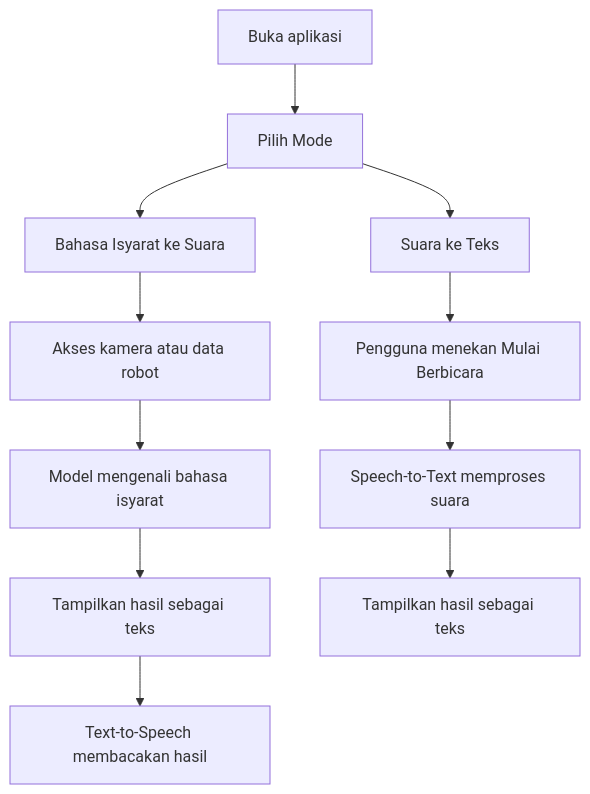
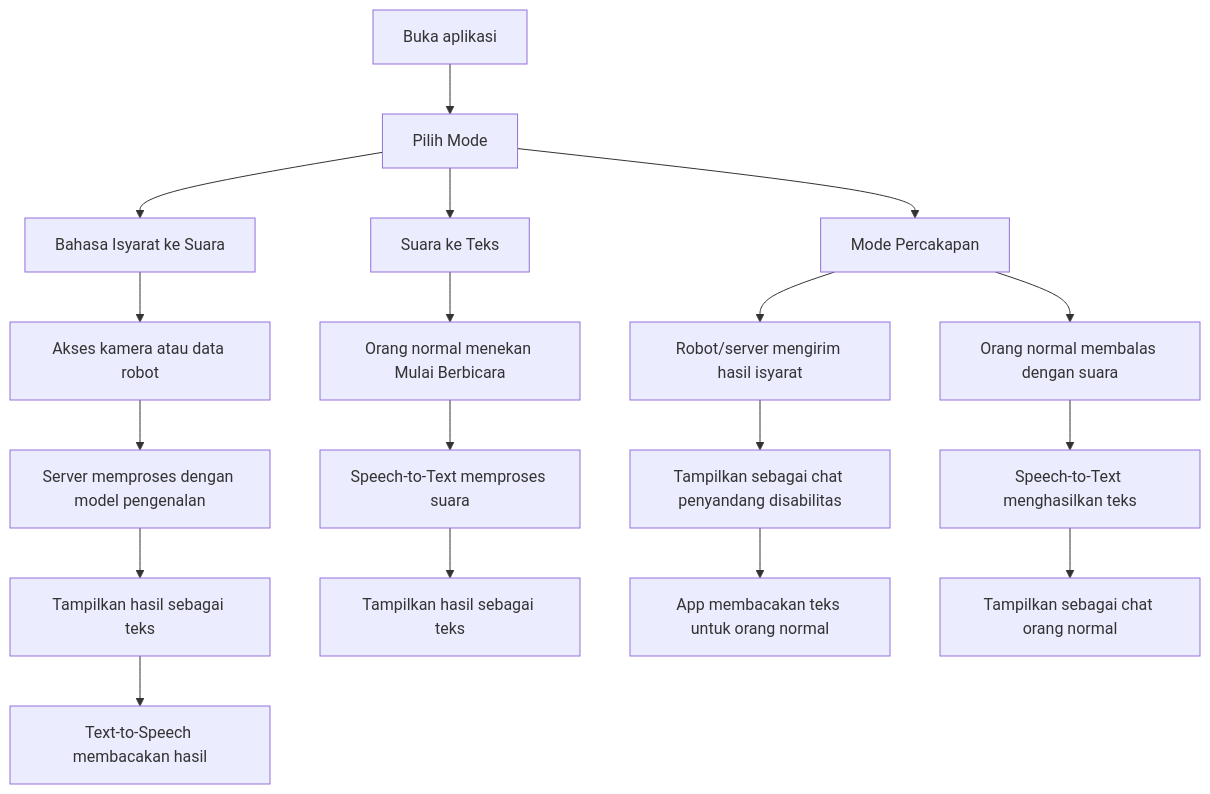
Before and after one commit to Rizuki25/Robot-Asistive-Socially-Sign-Language: the diagram in app-mobile/WORKFLOW.md, drawn with Mermaid. The commit also changed other lines of this file and 3 other files, not shown here.

````diff
--- a/app-mobile/WORKFLOW.md
+++ b/app-mobile/WORKFLOW.md
@@ -3,15 +3,23 @@
 ```mermaid
 flowchart TD
     A[Buka aplikasi] --> B[Pilih Mode]
     B --> C[Bahasa Isyarat ke Suara]
     B --> D[Suara ke Teks]
+    B --> L[Mode Percakapan]
 
     C --> E[Akses kamera atau data robot]
-    E --> F[Model mengenali bahasa isyarat]
+    E --> F[Server memproses dengan model pengenalan]
     F --> G[Tampilkan hasil sebagai teks]
     G --> H[Text-to-Speech membacakan hasil]
 
-    D --> I[Pengguna menekan Mulai Berbicara]
+    D --> I[Orang normal menekan Mulai Berbicara]
     I --> J[Speech-to-Text memproses suara]
     J --> K[Tampilkan hasil sebagai teks]
+
+    L --> M[Robot/server mengirim hasil isyarat]
+    M --> N[Tampilkan sebagai chat penyandang disabilitas]
+    N --> O[App membacakan teks untuk orang normal]
+    L --> P[Orang normal membalas dengan suara]
+    P --> Q[Speech-to-Text menghasilkan teks]
+    Q --> R[Tampilkan sebagai chat orang normal]
 ```
````
